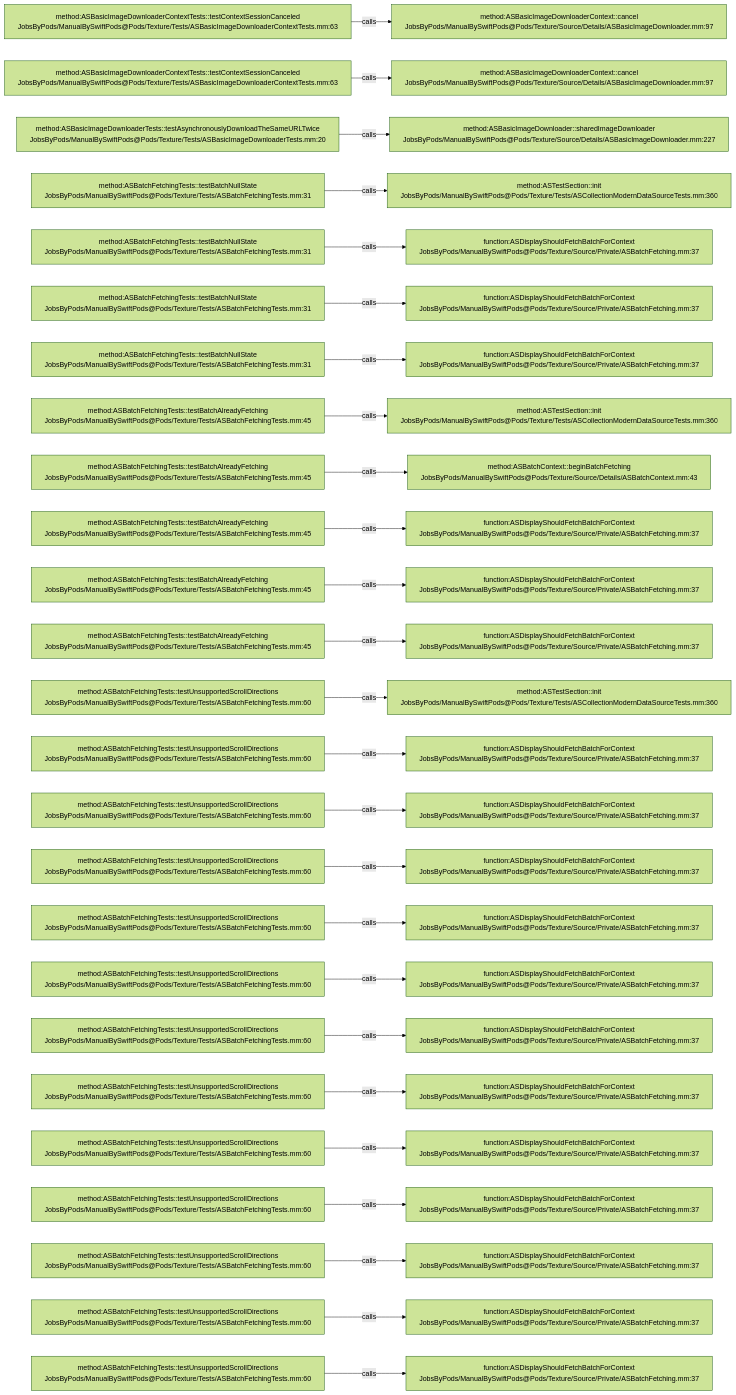
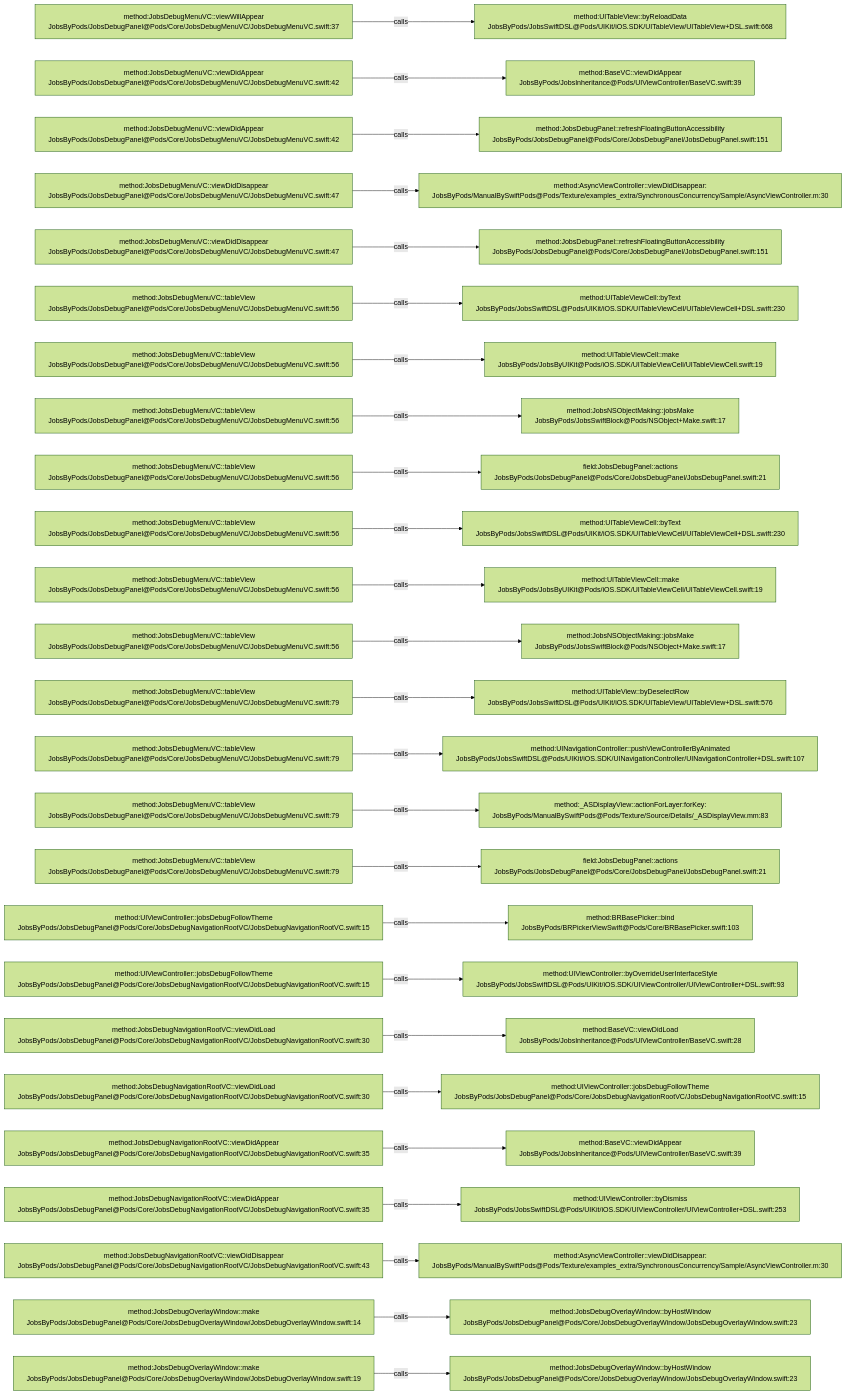
The diagram in .codegraph/codegraph.md/graphs/calls-161.md (JobsKits/JobsSwiftBaseConfigDemo), drawn with Mermaid (forest theme) before and after one commit. The commit also changed 224 other files, not shown here.

````diff
--- a/.codegraph/codegraph.md/graphs/calls-161.md
+++ b/.codegraph/codegraph.md/graphs/calls-161.md
@@ -13,78 +13,78 @@
 ```mermaid
 flowchart LR
-  S1["method:ASBasicImageDownloaderContextTests::testContextSessionCanceled<br/>JobsByPods/ManualBySwiftPods@Pods/Texture/Tests/ASBasicImageDownloaderContextTests.mm:63"]
-  T1["method:ASBasicImageDownloaderContext::cancel<br/>JobsByPods/ManualBySwiftPods@Pods/Texture/Source/Details/ASBasicImageDownloader.mm:97"]
+  S1["method:JobsDebugMenuVC::viewWillAppear<br/>JobsByPods/JobsDebugPanel@Pods/Core/JobsDebugMenuVC/JobsDebugMenuVC.swift:37"]
+  T1["method:UITableView::byReloadData<br/>JobsByPods/JobsSwiftDSL@Pods/UIKit/iOS.SDK/UITableView/UITableView+DSL.swift:668"]
   S1 -->|calls| T1
-  S2["method:ASBasicImageDownloaderContextTests::testContextSessionCanceled<br/>JobsByPods/ManualBySwiftPods@Pods/Texture/Tests/ASBasicImageDownloaderContextTests.mm:63"]
-  T2["method:ASBasicImageDownloaderContext::cancel<br/>JobsByPods/ManualBySwiftPods@Pods/Texture/Source/Details/ASBasicImageDownloader.mm:97"]
+  S2["method:JobsDebugMenuVC::viewDidAppear<br/>JobsByPods/JobsDebugPanel@Pods/Core/JobsDebugMenuVC/JobsDebugMenuVC.swift:42"]
+  T2["method:BaseVC::viewDidAppear<br/>JobsByPods/JobsInheritance@Pods/UIViewController/BaseVC.swift:39"]
   S2 -->|calls| T2
-  S3["method:ASBasicImageDownloaderTests::testAsynchronouslyDownloadTheSameURLTwice<br/>JobsByPods/ManualBySwiftPods@Pods/Texture/Tests/ASBasicImageDownloaderTests.mm:20"]
-  T3["method:ASBasicImageDownloader::sharedImageDownloader<br/>JobsByPods/ManualBySwiftPods@Pods/Texture/Source/Details/ASBasicImageDownloader.mm:227"]
+  S3["method:JobsDebugMenuVC::viewDidAppear<br/>JobsByPods/JobsDebugPanel@Pods/Core/JobsDebugMenuVC/JobsDebugMenuVC.swift:42"]
+  T3["method:JobsDebugPanel::refreshFloatingButtonAccessibility<br/>JobsByPods/JobsDebugPanel@Pods/Core/JobsDebugPanel/JobsDebugPanel.swift:151"]
   S3 -->|calls| T3
-  S4["method:ASBatchFetchingTests::testBatchNullState<br/>JobsByPods/ManualBySwiftPods@Pods/Texture/Tests/ASBatchFetchingTests.mm:31"]
-  T4["method:ASTestSection::init<br/>JobsByPods/ManualBySwiftPods@Pods/Texture/Tests/ASCollectionModernDataSourceTests.mm:360"]
+  S4["method:JobsDebugMenuVC::viewDidDisappear<br/>JobsByPods/JobsDebugPanel@Pods/Core/JobsDebugMenuVC/JobsDebugMenuVC.swift:47"]
+  T4["method:AsyncViewController::viewDidDisappear:<br/>JobsByPods/ManualBySwiftPods@Pods/Texture/examples_extra/SynchronousConcurrency/Sample/AsyncViewController.m:30"]
   S4 -->|calls| T4
-  S5["method:ASBatchFetchingTests::testBatchNullState<br/>JobsByPods/ManualBySwiftPods@Pods/Texture/Tests/ASBatchFetchingTests.mm:31"]
-  T5["function:ASDisplayShouldFetchBatchForContext<br/>JobsByPods/ManualBySwiftPods@Pods/Texture/Source/Private/ASBatchFetching.mm:37"]
+  S5["method:JobsDebugMenuVC::viewDidDisappear<br/>JobsByPods/JobsDebugPanel@Pods/Core/JobsDebugMenuVC/JobsDebugMenuVC.swift:47"]
+  T5["method:JobsDebugPanel::refreshFloatingButtonAccessibility<br/>JobsByPods/JobsDebugPanel@Pods/Core/JobsDebugPanel/JobsDebugPanel.swift:151"]
   S5 -->|calls| T5
-  S6["method:ASBatchFetchingTests::testBatchNullState<br/>JobsByPods/ManualBySwiftPods@Pods/Texture/Tests/ASBatchFetchingTests.mm:31"]
-  T6["function:ASDisplayShouldFetchBatchForContext<br/>JobsByPods/ManualBySwiftPods@Pods/Texture/Source/Private/ASBatchFetching.mm:37"]
+  S6["method:JobsDebugMenuVC::tableView<br/>JobsByPods/JobsDebugPanel@Pods/Core/JobsDebugMenuVC/JobsDebugMenuVC.swift:56"]
+  T6["method:UITableViewCell::byText<br/>JobsByPods/JobsSwiftDSL@Pods/UIKit/iOS.SDK/UITableViewCell/UITableViewCell+DSL.swift:230"]
   S6 -->|calls| T6
-  S7["method:ASBatchFetchingTests::testBatchNullState<br/>JobsByPods/ManualBySwiftPods@Pods/Texture/Tests/ASBatchFetchingTests.mm:31"]
-  T7["function:ASDisplayShouldFetchBatchForContext<br/>JobsByPods/ManualBySwiftPods@Pods/Texture/Source/Private/ASBatchFetching.mm:37"]
+  S7["method:JobsDebugMenuVC::tableView<br/>JobsByPods/JobsDebugPanel@Pods/Core/JobsDebugMenuVC/JobsDebugMenuVC.swift:56"]
+  T7["method:UITableViewCell::make<br/>JobsByPods/JobsByUIKit@Pods/iOS.SDK/UITableViewCell/UITableViewCell.swift:19"]
   S7 -->|calls| T7
-  S8["method:ASBatchFetchingTests::testBatchAlreadyFetching<br/>JobsByPods/ManualBySwiftPods@Pods/Texture/Tests/ASBatchFetchingTests.mm:45"]
-  T8["method:ASTestSection::init<br/>JobsByPods/ManualBySwiftPods@Pods/Texture/Tests/ASCollectionModernDataSourceTests.mm:360"]
+  S8["method:JobsDebugMenuVC::tableView<br/>JobsByPods/JobsDebugPanel@Pods/Core/JobsDebugMenuVC/JobsDebugMenuVC.swift:56"]
+  T8["method:JobsNSObjectMaking::jobsMake<br/>JobsByPods/JobsSwiftBlock@Pods/NSObject+Make.swift:17"]
   S8 -->|calls| T8
-  S9["method:ASBatchFetchingTests::testBatchAlreadyFetching<br/>JobsByPods/ManualBySwiftPods@Pods/Texture/Tests/ASBatchFetchingTests.mm:45"]
-  T9["method:ASBatchContext::beginBatchFetching<br/>JobsByPods/ManualBySwiftPods@Pods/Texture/Source/Details/ASBatchContext.mm:43"]
+  S9["method:JobsDebugMenuVC::tableView<br/>JobsByPods/JobsDebugPanel@Pods/Core/JobsDebugMenuVC/JobsDebugMenuVC.swift:56"]
+  T9["field:JobsDebugPanel::actions<br/>JobsByPods/JobsDebugPanel@Pods/Core/JobsDebugPanel/JobsDebugPanel.swift:21"]
   S9 -->|calls| T9
-  S10["method:ASBatchFetchingTests::testBatchAlreadyFetching<br/>JobsByPods/ManualBySwiftPods@Pods/Texture/Tests/ASBatchFetchingTests.mm:45"]
-  T10["function:ASDisplayShouldFetchBatchForContext<br/>JobsByPods/ManualBySwiftPods@Pods/Texture/Source/Private/ASBatchFetching.mm:37"]
+  S10["method:JobsDebugMenuVC::tableView<br/>JobsByPods/JobsDebugPanel@Pods/Core/JobsDebugMenuVC/JobsDebugMenuVC.swift:56"]
+  T10["method:UITableViewCell::byText<br/>JobsByPods/JobsSwiftDSL@Pods/UIKit/iOS.SDK/UITableViewCell/UITableViewCell+DSL.swift:230"]
   S10 -->|calls| T10
-  S11["method:ASBatchFetchingTests::testBatchAlreadyFetching<br/>JobsByPods/ManualBySwiftPods@Pods/Texture/Tests/ASBatchFetchingTests.mm:45"]
-  T11["function:ASDisplayShouldFetchBatchForContext<br/>JobsByPods/ManualBySwiftPods@Pods/Texture/Source/Private/ASBatchFetching.mm:37"]
+  S11["method:JobsDebugMenuVC::tableView<br/>JobsByPods/JobsDebugPanel@Pods/Core/JobsDebugMenuVC/JobsDebugMenuVC.swift:56"]
+  T11["method:UITableViewCell::make<br/>JobsByPods/JobsByUIKit@Pods/iOS.SDK/UITableViewCell/UITableViewCell.swift:19"]
   S11 -->|calls| T11
-  S12["method:ASBatchFetchingTests::testBatchAlreadyFetching<br/>JobsByPods/ManualBySwiftPods@Pods/Texture/Tests/ASBatchFetchingTests.mm:45"]
-  T12["function:ASDisplayShouldFetchBatchForContext<br/>JobsByPods/ManualBySwiftPods@Pods/Texture/Source/Private/ASBatchFetching.mm:37"]
+  S12["method:JobsDebugMenuVC::tableView<br/>JobsByPods/JobsDebugPanel@Pods/Core/JobsDebugMenuVC/JobsDebugMenuVC.swift:56"]
+  T12["method:JobsNSObjectMaking::jobsMake<br/>JobsByPods/JobsSwiftBlock@Pods/NSObject+Make.swift:17"]
   S12 -->|calls| T12
-  S13["method:ASBatchFetchingTests::testUnsupportedScrollDirections<br/>JobsByPods/ManualBySwiftPods@Pods/Texture/Tests/ASBatchFetchingTests.mm:60"]
-  T13["method:ASTestSection::init<br/>JobsByPods/ManualBySwiftPods@Pods/Texture/Tests/ASCollectionModernDataSourceTests.mm:360"]
+  S13["method:JobsDebugMenuVC::tableView<br/>JobsByPods/JobsDebugPanel@Pods/Core/JobsDebugMenuVC/JobsDebugMenuVC.swift:79"]
+  T13["method:UITableView::byDeselectRow<br/>JobsByPods/JobsSwiftDSL@Pods/UIKit/iOS.SDK/UITableView/UITableView+DSL.swift:576"]
   S13 -->|calls| T13
-  S14["method:ASBatchFetchingTests::testUnsupportedScrollDirections<br/>JobsByPods/ManualBySwiftPods@Pods/Texture/Tests/ASBatchFetchingTests.mm:60"]
-  T14["function:ASDisplayShouldFetchBatchForContext<br/>JobsByPods/ManualBySwiftPods@Pods/Texture/Source/Private/ASBatchFetching.mm:37"]
+  S14["method:JobsDebugMenuVC::tableView<br/>JobsByPods/JobsDebugPanel@Pods/Core/JobsDebugMenuVC/JobsDebugMenuVC.swift:79"]
+  T14["method:UINavigationController::pushViewControllerByAnimated<br/>JobsByPods/JobsSwiftDSL@Pods/UIKit/iOS.SDK/UINavigationController/UINavigationController+DSL.swift:107"]
   S14 -->|calls| T14
-  S15["method:ASBatchFetchingTests::testUnsupportedScrollDirections<br/>JobsByPods/ManualBySwiftPods@Pods/Texture/Tests/ASBatchFetchingTests.mm:60"]
-  T15["function:ASDisplayShouldFetchBatchForContext<br/>JobsByPods/ManualBySwiftPods@Pods/Texture/Source/Private/ASBatchFetching.mm:37"]
+  S15["method:JobsDebugMenuVC::tableView<br/>JobsByPods/JobsDebugPanel@Pods/Core/JobsDebugMenuVC/JobsDebugMenuVC.swift:79"]
+  T15["method:_ASDisplayView::actionForLayer:forKey:<br/>JobsByPods/ManualBySwiftPods@Pods/Texture/Source/Details/_ASDisplayView.mm:83"]
   S15 -->|calls| T15
-  S16["method:ASBatchFetchingTests::testUnsupportedScrollDirections<br/>JobsByPods/ManualBySwiftPods@Pods/Texture/Tests/ASBatchFetchingTests.mm:60"]
-  T16["function:ASDisplayShouldFetchBatchForContext<br/>JobsByPods/ManualBySwiftPods@Pods/Texture/Source/Private/ASBatchFetching.mm:37"]
+  S16["method:JobsDebugMenuVC::tableView<br/>JobsByPods/JobsDebugPanel@Pods/Core/JobsDebugMenuVC/JobsDebugMenuVC.swift:79"]
+  T16["field:JobsDebugPanel::actions<br/>JobsByPods/JobsDebugPanel@Pods/Core/JobsDebugPanel/JobsDebugPanel.swift:21"]
   S16 -->|calls| T16
-  S17["method:ASBatchFetchingTests::testUnsupportedScrollDirections<br/>JobsByPods/ManualBySwiftPods@Pods/Texture/Tests/ASBatchFetchingTests.mm:60"]
-  T17["function:ASDisplayShouldFetchBatchForContext<br/>JobsByPods/ManualBySwiftPods@Pods/Texture/Source/Private/ASBatchFetching.mm:37"]
+  S17["method:UIViewController::jobsDebugFollowTheme<br/>JobsByPods/JobsDebugPanel@Pods/Core/JobsDebugNavigationRootVC/JobsDebugNavigationRootVC.swift:15"]
+  T17["method:BRBasePicker::bind<br/>JobsByPods/BRPickerViewSwift@Pods/Core/BRBasePicker.swift:103"]
   S17 -->|calls| T17
-  S18["method:ASBatchFetchingTests::testUnsupportedScrollDirections<br/>JobsByPods/ManualBySwiftPods@Pods/Texture/Tests/ASBatchFetchingTests.mm:60"]
-  T18["function:ASDisplayShouldFetchBatchForContext<br/>JobsByPods/ManualBySwiftPods@Pods/Texture/Source/Private/ASBatchFetching.mm:37"]
+  S18["method:UIViewController::jobsDebugFollowTheme<br/>JobsByPods/JobsDebugPanel@Pods/Core/JobsDebugNavigationRootVC/JobsDebugNavigationRootVC.swift:15"]
+  T18["method:UIViewController::byOverrideUserInterfaceStyle<br/>JobsByPods/JobsSwiftDSL@Pods/UIKit/iOS.SDK/UIViewController/UIViewController+DSL.swift:93"]
   S18 -->|calls| T18
-  S19["method:ASBatchFetchingTests::testUnsupportedScrollDirections<br/>JobsByPods/ManualBySwiftPods@Pods/Texture/Tests/ASBatchFetchingTests.mm:60"]
-  T19["function:ASDisplayShouldFetchBatchForContext<br/>JobsByPods/ManualBySwiftPods@Pods/Texture/Source/Private/ASBatchFetching.mm:37"]
+  S19["method:JobsDebugNavigationRootVC::viewDidLoad<br/>JobsByPods/JobsDebugPanel@Pods/Core/JobsDebugNavigationRootVC/JobsDebugNavigationRootVC.swift:30"]
+  T19["method:BaseVC::viewDidLoad<br/>JobsByPods/JobsInheritance@Pods/UIViewController/BaseVC.swift:28"]
   S19 -->|calls| T19
-  S20["method:ASBatchFetchingTests::testUnsupportedScrollDirections<br/>JobsByPods/ManualBySwiftPods@Pods/Texture/Tests/ASBatchFetchingTests.mm:60"]
-  T20["function:ASDisplayShouldFetchBatchForContext<br/>JobsByPods/ManualBySwiftPods@Pods/Texture/Source/Private/ASBatchFetching.mm:37"]
+  S20["method:JobsDebugNavigationRootVC::viewDidLoad<br/>JobsByPods/JobsDebugPanel@Pods/Core/JobsDebugNavigationRootVC/JobsDebugNavigationRootVC.swift:30"]
+  T20["method:UIViewController::jobsDebugFollowTheme<br/>JobsByPods/JobsDebugPanel@Pods/Core/JobsDebugNavigationRootVC/JobsDebugNavigationRootVC.swift:15"]
   S20 -->|calls| T20
-  S21["method:ASBatchFetchingTests::testUnsupportedScrollDirections<br/>JobsByPods/ManualBySwiftPods@Pods/Texture/Tests/ASBatchFetchingTests.mm:60"]
-  T21["function:ASDisplayShouldFetchBatchForContext<br/>JobsByPods/ManualBySwiftPods@Pods/Texture/Source/Private/ASBatchFetching.mm:37"]
+  S21["method:JobsDebugNavigationRootVC::viewDidAppear<br/>JobsByPods/JobsDebugPanel@Pods/Core/JobsDebugNavigationRootVC/JobsDebugNavigationRootVC.swift:35"]
+  T21["method:BaseVC::viewDidAppear<br/>JobsByPods/JobsInheritance@Pods/UIViewController/BaseVC.swift:39"]
   S21 -->|calls| T21
-  S22["method:ASBatchFetchingTests::testUnsupportedScrollDirections<br/>JobsByPods/ManualBySwiftPods@Pods/Texture/Tests/ASBatchFetchingTests.mm:60"]
-  T22["function:ASDisplayShouldFetchBatchForContext<br/>JobsByPods/ManualBySwiftPods@Pods/Texture/Source/Private/ASBatchFetching.mm:37"]
+  S22["method:JobsDebugNavigationRootVC::viewDidAppear<br/>JobsByPods/JobsDebugPanel@Pods/Core/JobsDebugNavigationRootVC/JobsDebugNavigationRootVC.swift:35"]
+  T22["method:UIViewController::byDismiss<br/>JobsByPods/JobsSwiftDSL@Pods/UIKit/iOS.SDK/UIViewController/UIViewController+DSL.swift:253"]
   S22 -->|calls| T22
-  S23["method:ASBatchFetchingTests::testUnsupportedScrollDirections<br/>JobsByPods/ManualBySwiftPods@Pods/Texture/Tests/ASBatchFetchingTests.mm:60"]
-  T23["function:ASDisplayShouldFetchBatchForContext<br/>JobsByPods/ManualBySwiftPods@Pods/Texture/Source/Private/ASBatchFetching.mm:37"]
+  S23["method:JobsDebugNavigationRootVC::viewDidDisappear<br/>JobsByPods/JobsDebugPanel@Pods/Core/JobsDebugNavigationRootVC/JobsDebugNavigationRootVC.swift:43"]
+  T23["method:AsyncViewController::viewDidDisappear:<br/>JobsByPods/ManualBySwiftPods@Pods/Texture/examples_extra/SynchronousConcurrency/Sample/AsyncViewController.m:30"]
   S23 -->|calls| T23
-  S24["method:ASBatchFetchingTests::testUnsupportedScrollDirections<br/>JobsByPods/ManualBySwiftPods@Pods/Texture/Tests/ASBatchFetchingTests.mm:60"]
-  T24["function:ASDisplayShouldFetchBatchForContext<br/>JobsByPods/ManualBySwiftPods@Pods/Texture/Source/Private/ASBatchFetching.mm:37"]
+  S24["method:JobsDebugOverlayWindow::make<br/>JobsByPods/JobsDebugPanel@Pods/Core/JobsDebugOverlayWindow/JobsDebugOverlayWindow.swift:14"]
+  T24["method:JobsDebugOverlayWindow::byHostWindow<br/>JobsByPods/JobsDebugPanel@Pods/Core/JobsDebugOverlayWindow/JobsDebugOverlayWindow.swift:23"]
   S24 -->|calls| T24
-  S25["method:ASBatchFetchingTests::testUnsupportedScrollDirections<br/>JobsByPods/ManualBySwiftPods@Pods/Texture/Tests/ASBatchFetchingTests.mm:60"]
-  T25["function:ASDisplayShouldFetchBatchForContext<br/>JobsByPods/ManualBySwiftPods@Pods/Texture/Source/Private/ASBatchFetching.mm:37"]
+  S25["method:JobsDebugOverlayWindow::make<br/>JobsByPods/JobsDebugPanel@Pods/Core/JobsDebugOverlayWindow/JobsDebugOverlayWindow.swift:19"]
+  T25["method:JobsDebugOverlayWindow::byHostWindow<br/>JobsByPods/JobsDebugPanel@Pods/Core/JobsDebugOverlayWindow/JobsDebugOverlayWindow.swift:23"]
   S25 -->|calls| T25
 ```
````
